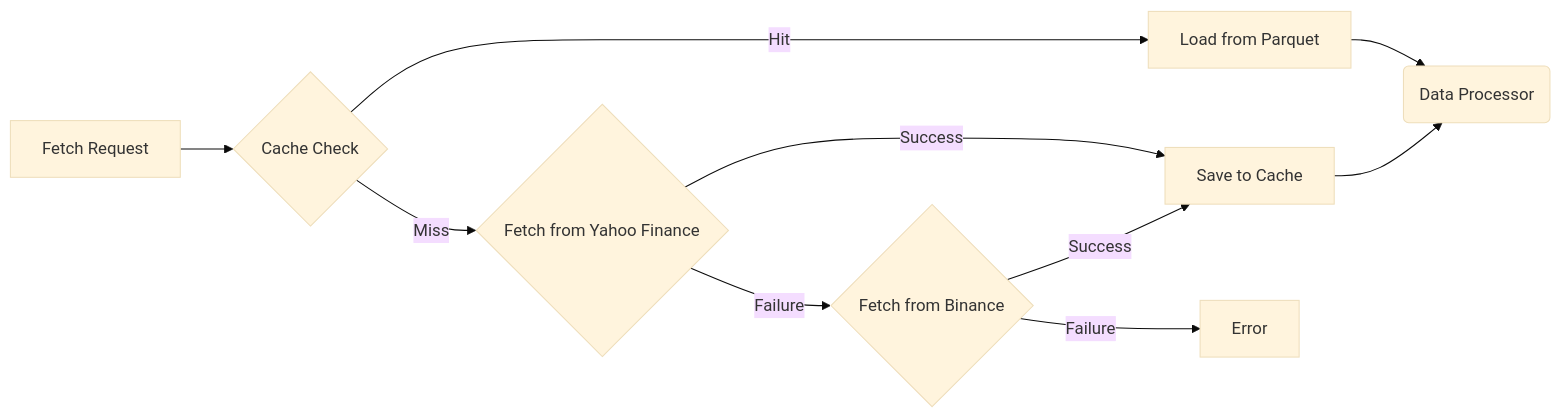
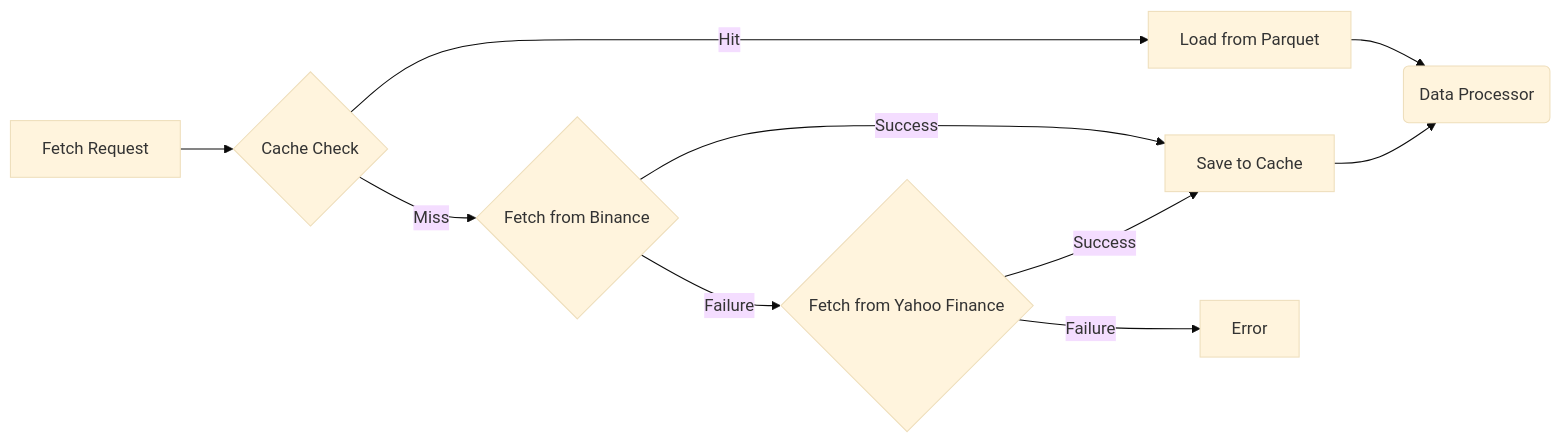
One commit to dsque22/cryptobacktester changed the second of 3 diagrams in PROJECT_OVERVIEW.md. Above: the diagram before and after it, drawn with Mermaid (base theme). The commit also changed other lines of this file, not shown here.

````diff
--- a/PROJECT_OVERVIEW.md
+++ b/PROJECT_OVERVIEW.md
@@ -56,12 +56,12 @@
 ```mermaid
 flowchart LR
     A[Fetch Request] --> B{Cache Check};
     B -- Hit --> C[Load from Parquet];
-    B -- Miss --> D{Fetch from Yahoo Finance};
+    B -- Miss --> D{Fetch from Binance};
     D -- Success --> E[Save to Cache];
-    D -- Failure --> F{Fetch from Binance};
+    D -- Failure --> F{Fetch from Yahoo Finance};
     F -- Success --> E;
     F -- Failure --> G[Error];
     C --> H(Data Processor);
     E --> H;
 ```
````
